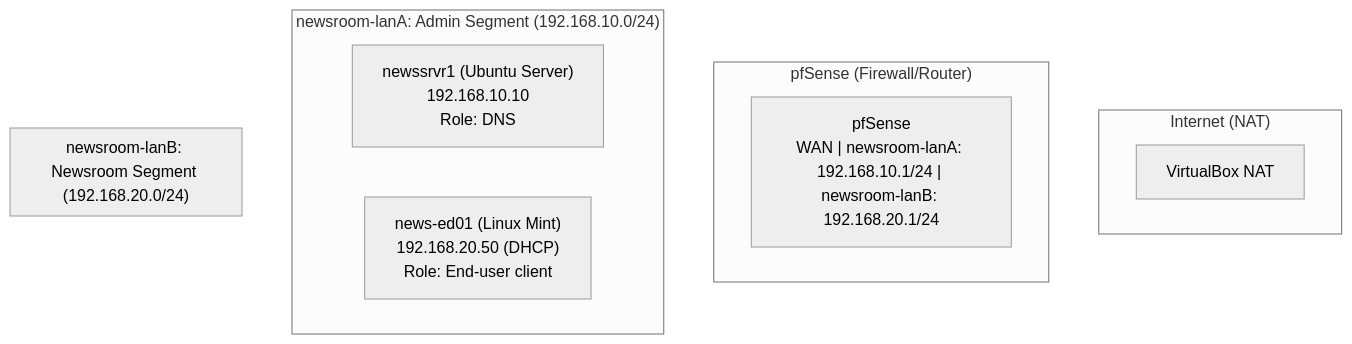
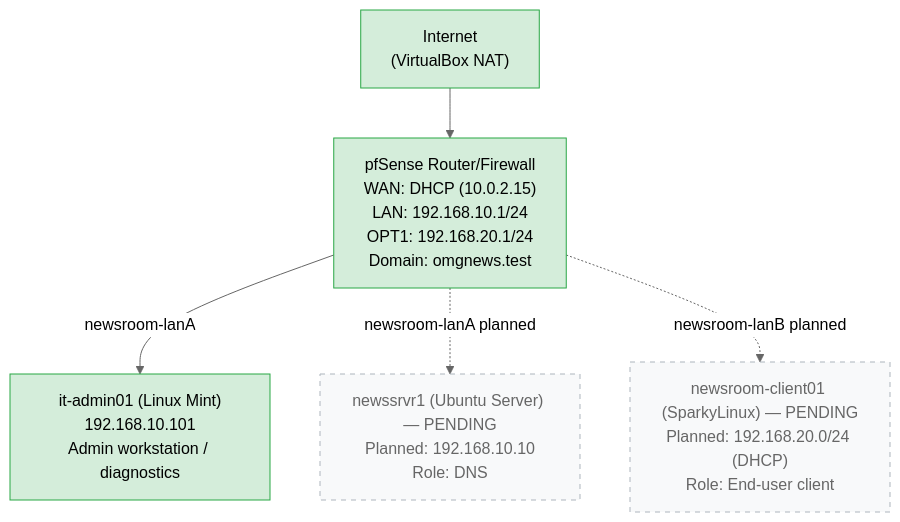
One commit to robbaileyhome-dev/homelab-portfolio changed the diagram in Labs/Lab02: Network restructure.md. Above: the diagram before and after it, drawn with Mermaid (neutral theme).

Commit message:
Revise network diagram for clarity and updates
Updated network diagram with new device roles and statuses.

````diff
--- a/Labs/Lab02: Network restructure.md
+++ b/Labs/Lab02: Network restructure.md
@@ -7,19 +7,18 @@
 ```mermaid
 graph TB
-    subgraph WAN["Internet (NAT)"]
-        NAT[VirtualBox NAT]
-    end
+    NAT["Internet<br/>(VirtualBox NAT)"]
+    pfSense["pfSense Router/Firewall<br/>WAN: DHCP (10.0.2.15)<br/>LAN: 192.168.10.1/24<br/>OPT1: 192.168.20.1/24<br/>Domain: omgnews.test"]
+    Mint["it-admin01 (Linux Mint)<br/>192.168.10.101<br/>Admin workstation / diagnostics"]
+    Ubuntu["newssrvr1 (Ubuntu Server) — PENDING<br/>Planned: 192.168.10.10<br/>Role: DNS"]
+    Sparky["newsroom-client01 (SparkyLinux) — PENDING<br/>Planned: 192.168.20.0/24 (DHCP)<br/>Role: End-user client"]
 
-    subgraph FW["pfSense (Firewall/Router)"]
-        pfSense["pfSense<br/>WAN | newsroom-lanA: 192.168.10.1/24 | newsroom-lanB: 192.168.20.1/24"]
-    end
+    NAT --> pfSense
+    pfSense -->|newsroom-lanA| Mint
+    pfSense -.->|newsroom-lanA planned| Ubuntu
+    pfSense -.->|newsroom-lanB planned| Sparky
 
-    subgraph LANA["newsroom-lanA: Admin Segment (192.168.10.0/24)"]
-        Ubuntu["newssrvr1 (Ubuntu Server)<br/>192.168.10.10<br/>Role: DNS"]
-        Mint["it-admin01 (Linux Mint)<br/>192.168.10.101<br/>Role: Admin workstation / diagnostics"]
-    end
-
-    subgraph LANB["newsroom-lanB: Newsroom Segment (192.168.20.0/24)"]
-        Mint["news-ed01 (Linux Mint)<br/>192.168.20.50 (DHCP)<br/>Role: End-user client"]
-    end
+    classDef live fill:#d4edda,stroke:#28a745,color:#000;
+    classDef pending fill:#f8f9fa,stroke:#adb5bd,stroke-dasharray: 5 5,color:#666;
+    class NAT,pfSense,Mint live;
+    class Ubuntu,Sparky pending;
 ```
````
